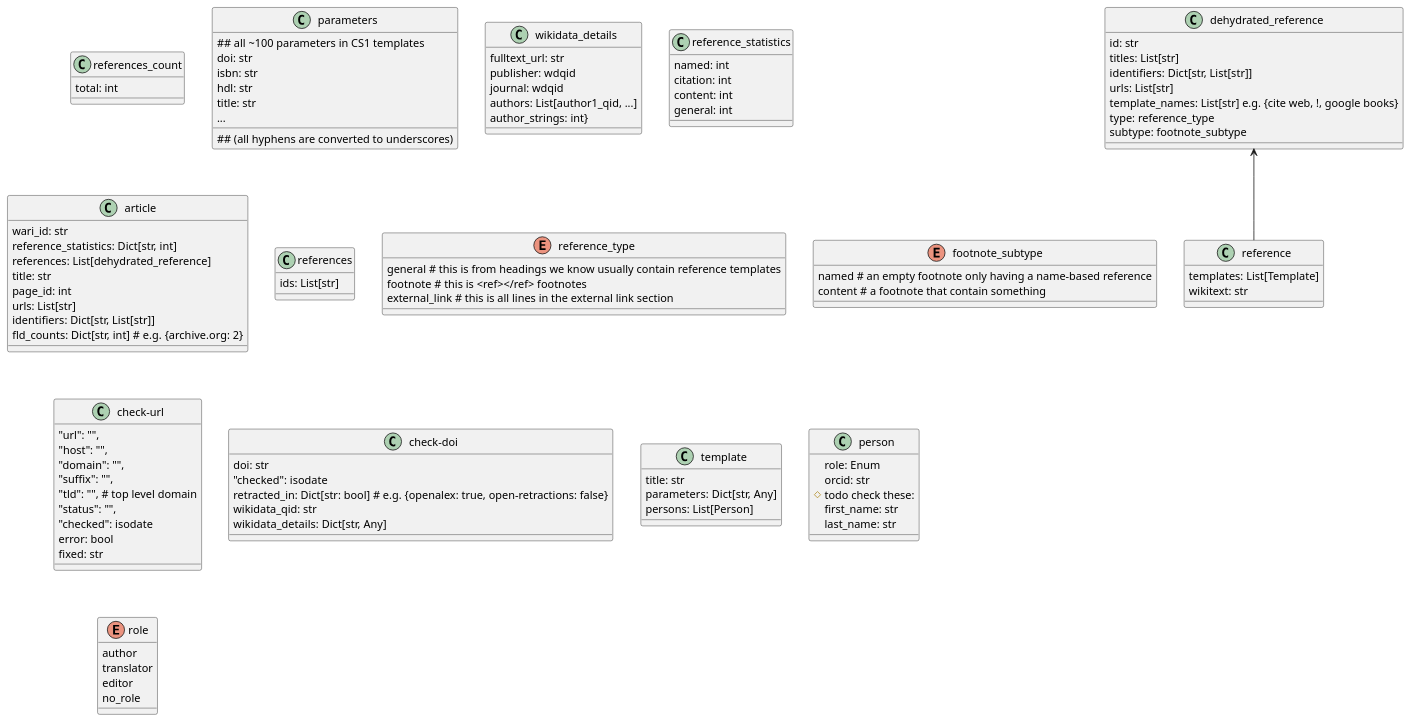
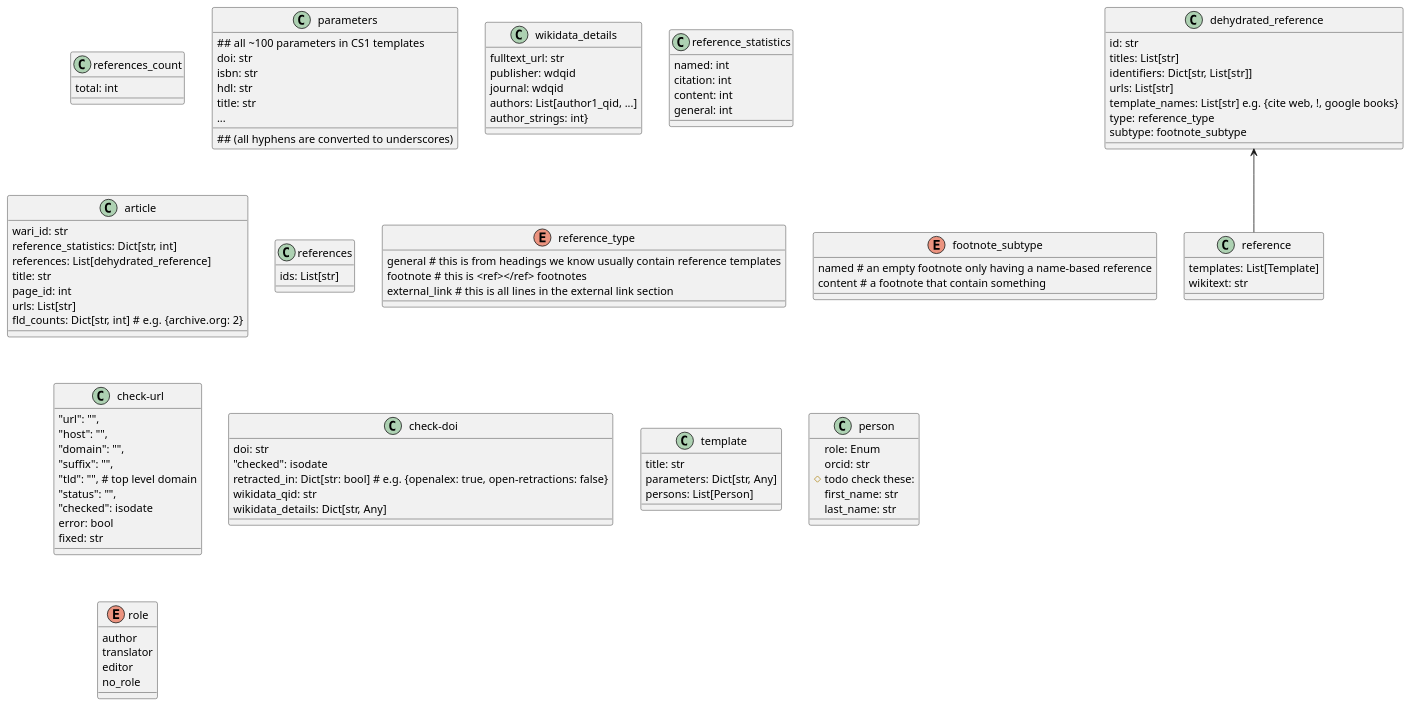
Before and after one commit to internetarchive/iari: the diagram in diagrams/wari/classes.puml, drawn with PlantUML.

Commit message:
chore: Update the WARI classes.puml

```diff
--- a/diagrams/wari/classes.puml
+++ b/diagrams/wari/classes.puml
@@ -1,103 +1,100 @@
 @startuml
 'https://plantuml.com/class-diagram
 
 class references_count{
 total: int
 }
 class parameters{
 ## all ~100 parameters in CS1 templates
 ## (all hyphens are converted to underscores)
 doi: str
 isbn: str
 hdl: str
 title: str
 ...
 }
 class wikidata_details{
 fulltext_url: str
 publisher: wdqid
 journal: wdqid
 authors: List[author1_qid, ...]
 author_strings: int}
 }
-
 class reference_statistics{
 named: int
 citation: int
 content: int
 general: int
-
 }
 class article{
 wari_id: str
 reference_statistics: Dict[str, int]
 references: List[dehydrated_reference]
 title: str
 page_id: int
 urls: List[str]
-identifiers: Dict[str, List[str]]
 fld_counts: Dict[str, int] # e.g. {archive.org: 2}
 }
 class references{
 ids: List[str]
 }
 class reference{
 templates: List[Template]
 wikitext: str
 }
 enum reference_type{
 general # this is from headings we know usually contain reference templates
 footnote # this is <ref></ref> footnotes
 external_link # this is all lines in the external link section
 }
 enum footnote_subtype{
 named # an empty footnote only having a name-based reference
 content # a footnote that contain something
 }
 class dehydrated_reference {
 id: str
 titles: List[str]
 identifiers: Dict[str, List[str]]
 urls: List[str]
 template_names: List[str] e.g. {cite web, !, google books}
 type: reference_type
 subtype: footnote_subtype
 }
 dehydrated_reference <-- reference
 class check-url{
 "url": "",
 "host": "",
 "domain": "",
 "suffix": "",
 "tld": "", # top level domain
 "status": "",
 "checked": isodate
 error: bool
 fixed: str
 }
 class check-doi{
 doi: str
 "checked": isodate
 retracted_in: Dict[str: bool] # e.g. {openalex: true, open-retractions: false}
 wikidata_qid: str
 wikidata_details: Dict[str, Any]
 }
 class template{
 title: str
 parameters: Dict[str, Any]
 persons: List[Person]
 }
 class person{
 role: Enum
 orcid: str
 # todo check these:
 first_name: str
 last_name: str
 }
 enum role{
 author
 translator
 editor
 no_role
 }
 @enduml
```
